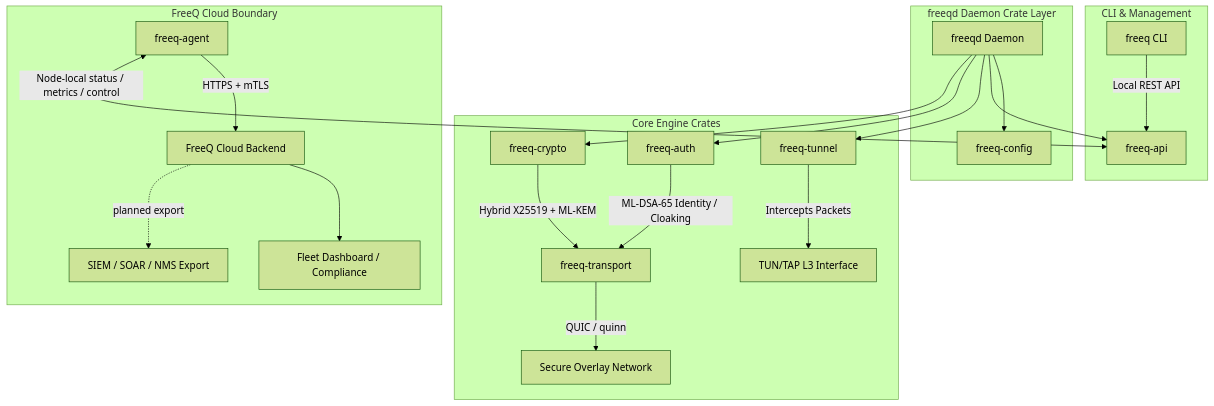
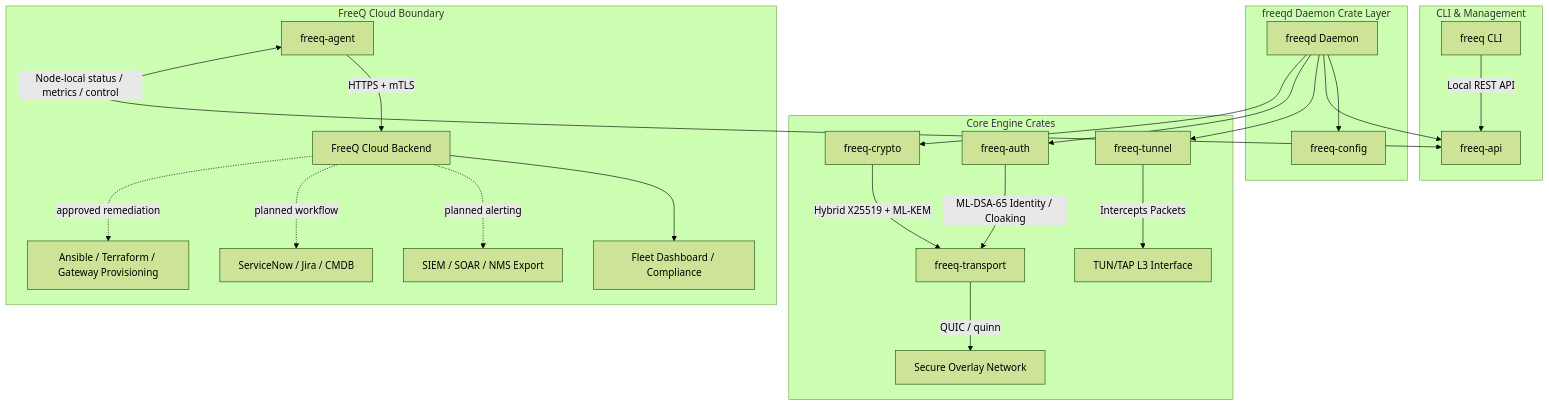
The diagram in README.md (freeq-io/freeq-core), drawn with Mermaid (forest theme) before and after one commit. The commit also changed other lines of this file and 2 other files, not shown here.

Commit message:
Document closed-loop remediation integrations

````diff
--- a/README.md
+++ b/README.md
@@ -78,29 +78,31 @@
 ```mermaid
 graph TD
     subgraph CLI ["CLI & Management"]
         A["freeq CLI"] -->|Local REST API| D["freeq-api"]
     end
 
     subgraph Daemon ["freeqd Daemon Crate Layer"]
         B --> C["freeq-config"]
         B["freeqd Daemon"] --> D
     end
 
     subgraph Core ["Core Engine Crates"]
         E["freeq-tunnel"] -->|"Intercepts Packets"| F["TUN/TAP L3 Interface"]
         G["freeq-auth"] -->|"ML-DSA-65 Identity / Cloaking"| H["freeq-transport"]
         I["freeq-crypto"] -->|"Hybrid X25519 + ML-KEM"| H
         H -->|"QUIC / quinn"| J["Secure Overlay Network"]
     end
 
     subgraph Cloud ["FreeQ Cloud Boundary"]
         K["freeq-agent"] -->|"HTTPS + mTLS"| L["FreeQ Cloud Backend"]
         L --> M["Fleet Dashboard / Compliance"]
-        L -.->|planned export| N["SIEM / SOAR / NMS Export"]
+        L -.->|planned alerting| N["SIEM / SOAR / NMS Export"]
+        L -.->|planned workflow| O["ServiceNow / Jira / CMDB"]
+        L -.->|approved remediation| P["Ansible / Terraform / Gateway Provisioning"]
     end
 
     B --> E
     B --> G
     B --> I
     K <-->|"Node-local status / metrics / control"| D
 ```
````
